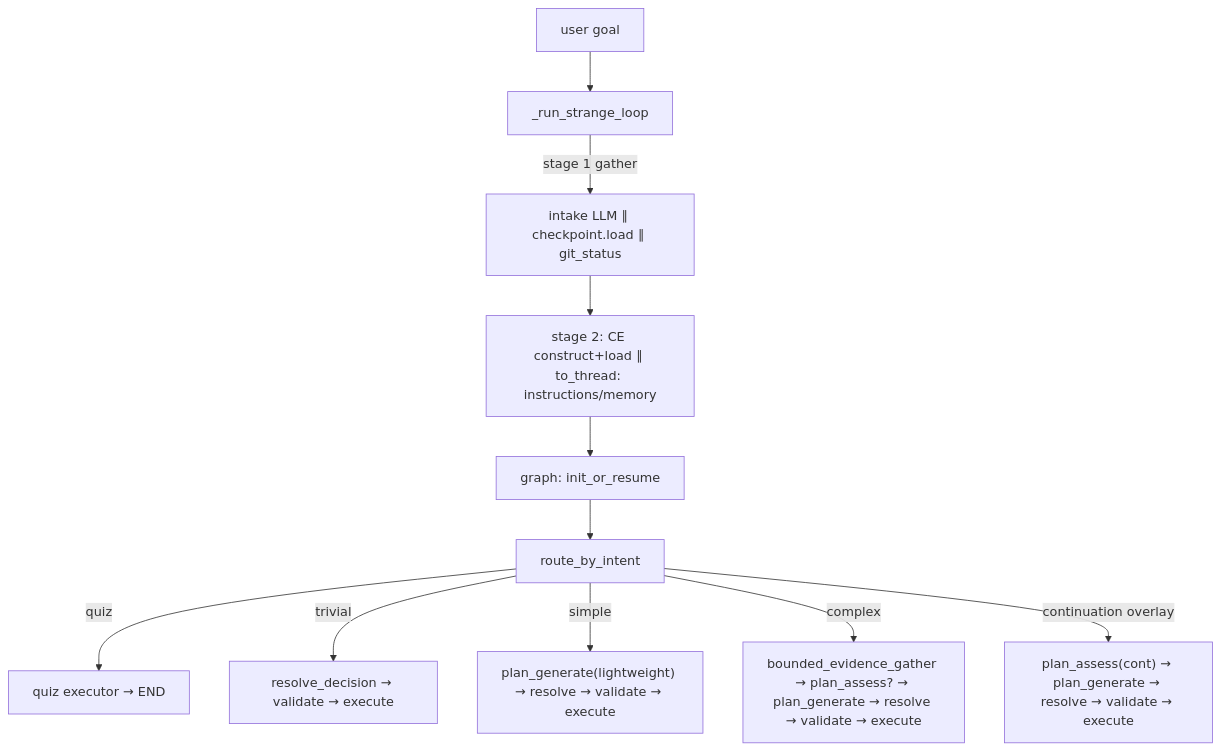
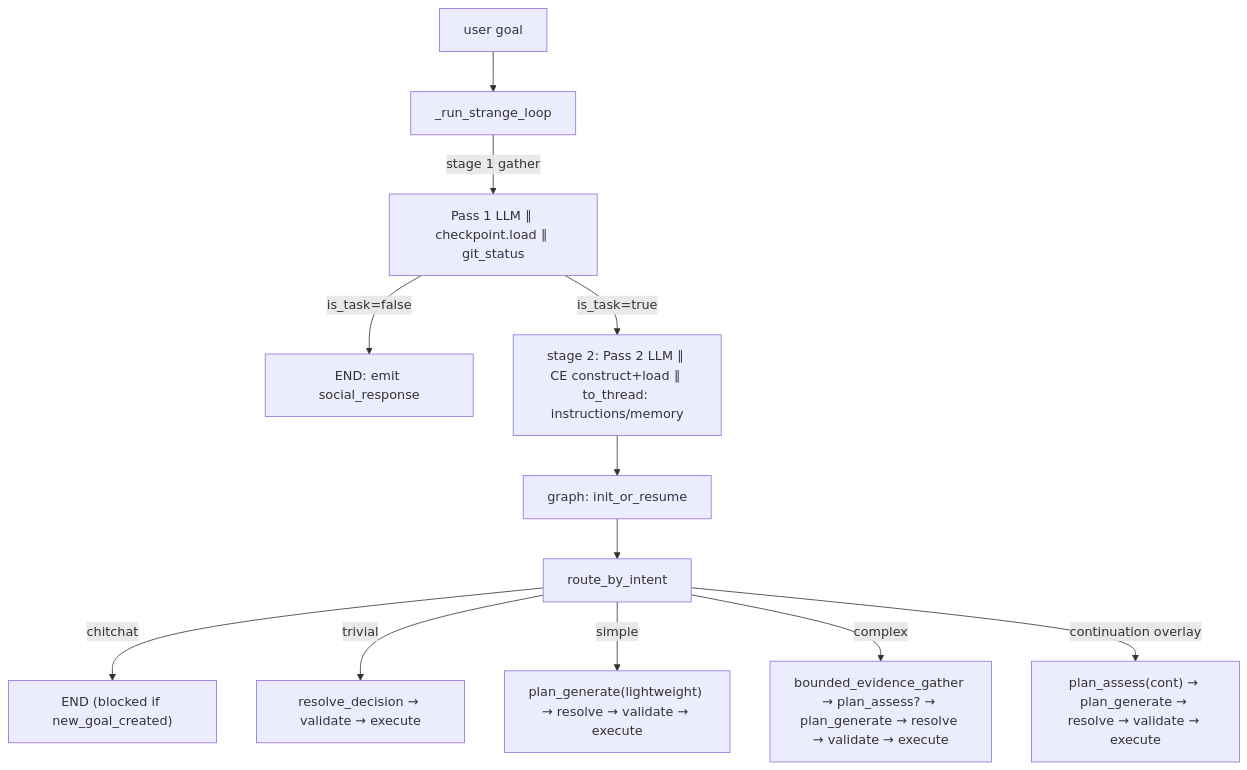
The diagram in docs/specs/RFC-630-start-phase-llm-intake-and-branch-routing.md (OpenSoothe/soothe), drawn with Mermaid before and after one commit. The commit also changed other lines of this file and 20 other files, not shown here.

First line of the commit message:
feat(intake): implement two-pass intake classification (IG-554, RFC-630)

````diff
--- a/docs/specs/RFC-630-start-phase-llm-intake-and-branch-routing.md
+++ b/docs/specs/RFC-630-start-phase-llm-intake-and-branch-routing.md
@@ -87,13 +97,14 @@
 ```mermaid
 graph TB
     Goal["user goal"] --> Runner["_run_strange_loop"]
-    Runner -->|"stage 1 gather"| G1["intake LLM ∥ checkpoint.load ∥ git_status"]
-    G1 --> G2["stage 2: CE construct+load ∥ to_thread: instructions/memory"]
+    Runner -->|"stage 1 gather"| G1["Pass 1 LLM ∥ checkpoint.load ∥ git_status"]
+    G1 -->|"is_task=false"| QuizEND["END: emit social_response"]
+    G1 -->|"is_task=true"| G2["stage 2: Pass 2 LLM ∥ CE construct+load ∥ to_thread: instructions/memory"]
     G2 --> Graph["graph: init_or_resume"]
     Graph --> Route["route_by_intent"]
-    Route -->|"quiz"| QuizEND["quiz executor → END"]
+    Route -->|"chitchat"| END["END (blocked if new_goal_created)"]
     Route -->|"trivial"| Trivial["resolve_decision → validate → execute"]
     Route -->|"simple"| Simple["plan_generate(lightweight) → resolve → validate → execute"]
     Route -->|"complex"| Complex["bounded_evidence_gather → plan_assess? → plan_generate → resolve → validate → execute"]
     Route -->|"continuation overlay"| Cont["plan_assess(cont) → plan_generate → resolve → validate → execute"]
 ```
````
